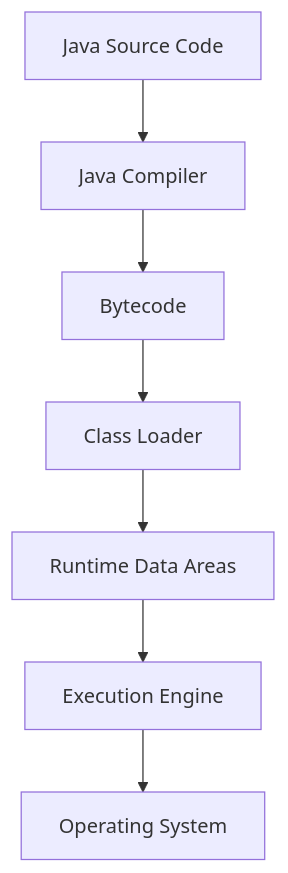
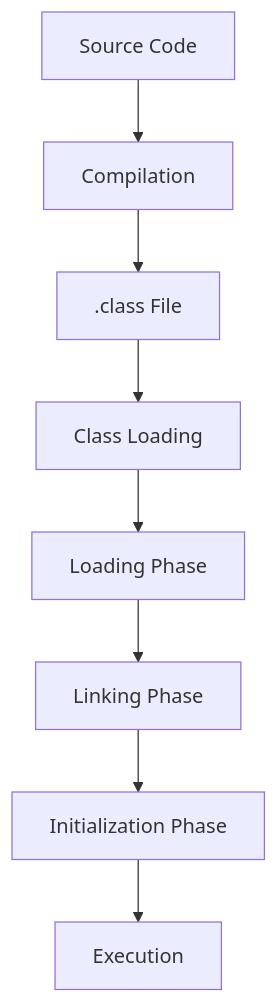
The diagram in jvm-internals-and-class-loading/README.md (VrushankPatel/interview-matters), drawn with Mermaid before and after one commit. The commit also changed other lines of this file and 4 other files, not shown here.

````diff
--- a/jvm-internals-and-class-loading/README.md
+++ b/jvm-internals-and-class-loading/README.md
@@ -24,9 +74,10 @@
 ```mermaid
 graph TD
-    A[Java Source Code] --> B[Java Compiler]
-    B --> C[Bytecode]
-    C --> D[Class Loader]
-    D --> E[Runtime Data Areas]
-    E --> F[Execution Engine]
-    F --> G[Operating System]
+    A[Source Code] --> B[Compilation]
+    B --> C[.class File]
+    C --> D[Class Loading]
+    D --> E[Loading Phase]
+    E --> F[Linking Phase]
+    F --> G[Initialization Phase]
+    G --> H[Execution]
 ```
````
